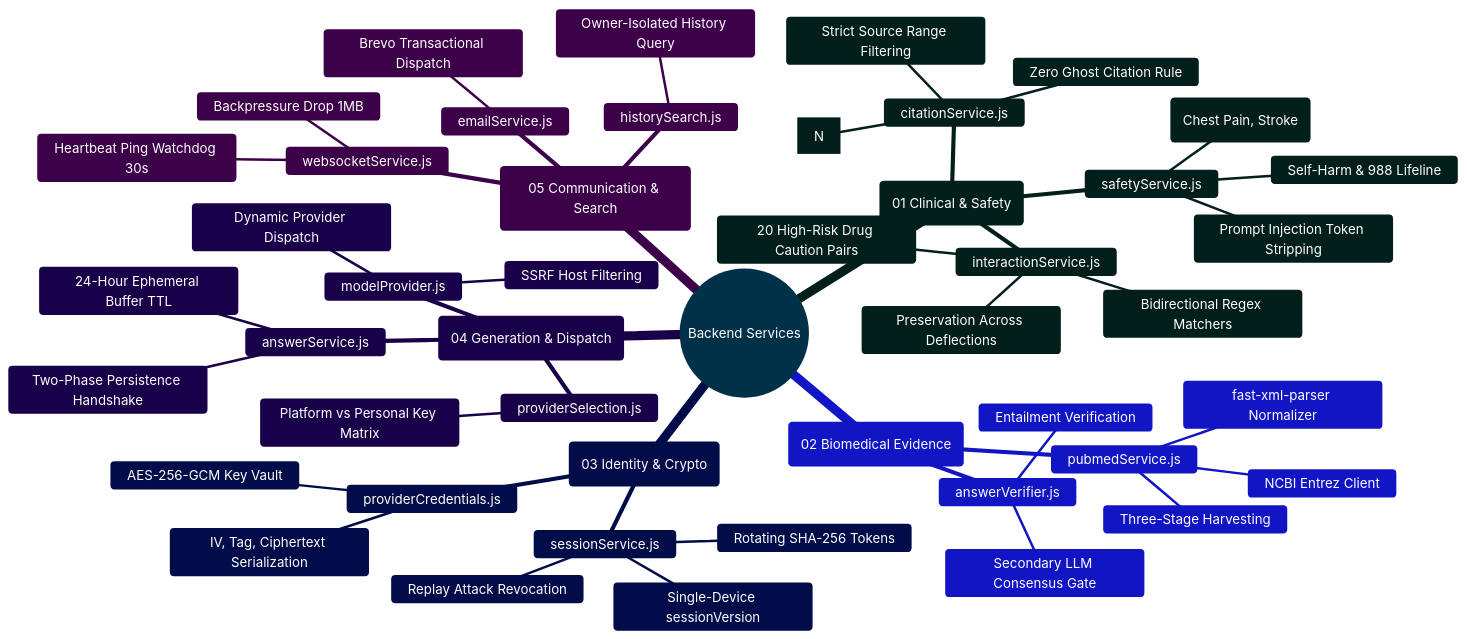
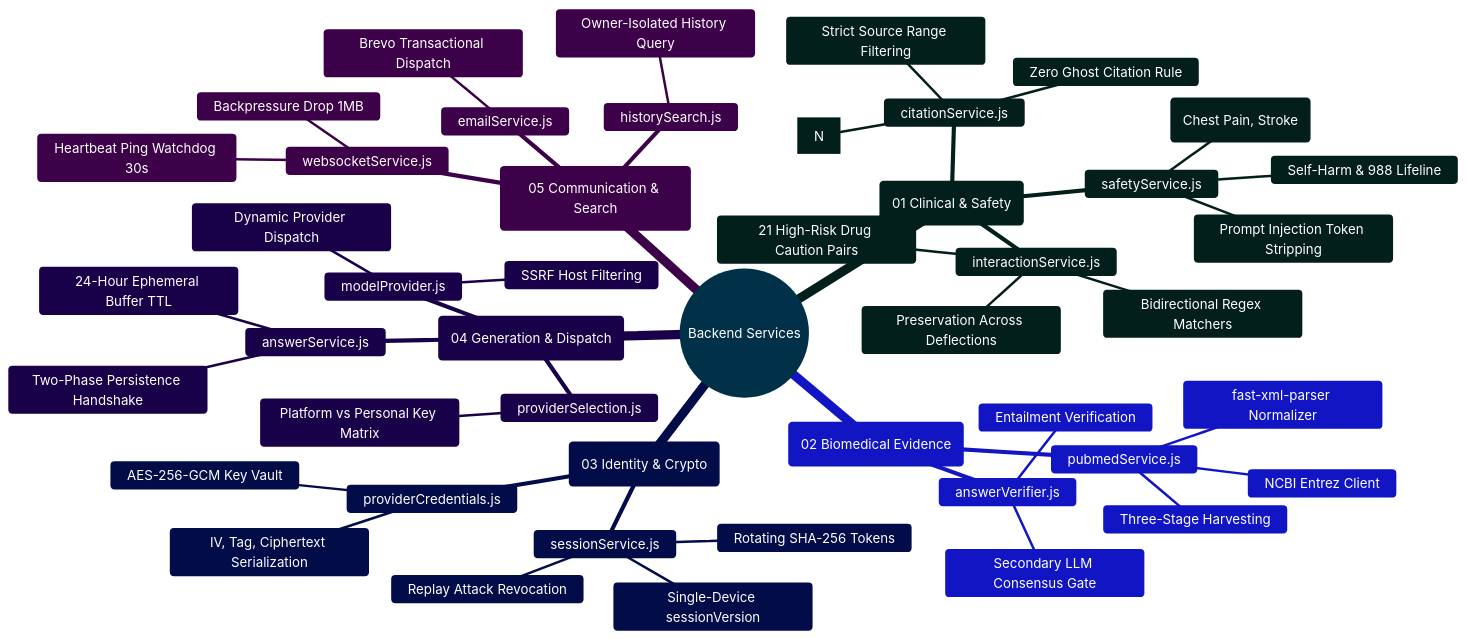
Before and after one commit to Ganesh172919/React-App-LLM: the diagram in backend/services/README.md, drawn with Mermaid. The commit also changed other lines of this file and 53 other files, not shown here.

````diff
--- a/backend/services/README.md
+++ b/backend/services/README.md
@@ -65,52 +65,52 @@
 ```mermaid
 %%{init: {'theme': 'base', 'themeVariables': { 'primaryColor': '#0284c7', 'primaryTextColor': '#ffffff', 'primaryBorderColor': '#0369a1', 'lineColor': '#0284c7', 'secondaryColor': '#0d9488', 'tertiaryColor': '#6366f1' }}}%%
 mindmap
   root((Backend Services))
     ::icon(fa fa-server)
     (01 Clinical & Safety)
       safetyService.js
         Self-Harm & 988 Lifeline
         Emergency Deflections (Chest Pain, Stroke)
         Prompt Injection Token Stripping
       interactionService.js
-        20 High-Risk Drug Caution Pairs
+        21 High-Risk Drug Caution Pairs
         Bidirectional Regex Matchers
         Preservation Across Deflections
       citationService.js
         Numerical Bracket Matcher [N]
         Zero Ghost Citation Rule
         Strict Source Range Filtering
     (02 Biomedical Evidence)
       pubmedService.js
         NCBI Entrez Client
         Three-Stage Harvesting
         fast-xml-parser Normalizer
       answerVerifier.js
         Secondary LLM Consensus Gate
         Entailment Verification
     (03 Identity & Crypto)
       sessionService.js
         Single-Device sessionVersion
         Rotating SHA-256 Tokens
         Replay Attack Revocation
       providerCredentials.js
         AES-256-GCM Key Vault
         IV, Tag, Ciphertext Serialization
     (04 Generation & Dispatch)
       answerService.js
         Two-Phase Persistence Handshake
         24-Hour Ephemeral Buffer TTL
       modelProvider.js
         Dynamic Provider Dispatch
         SSRF Host Filtering
       providerSelection.js
         Platform vs Personal Key Matrix
     (05 Communication & Search)
       websocketService.js
         Heartbeat Ping Watchdog 30s
         Backpressure Drop 1MB
       historySearch.js
         Owner-Isolated History Query
       emailService.js
         Brevo Transactional Dispatch
 ```
````
